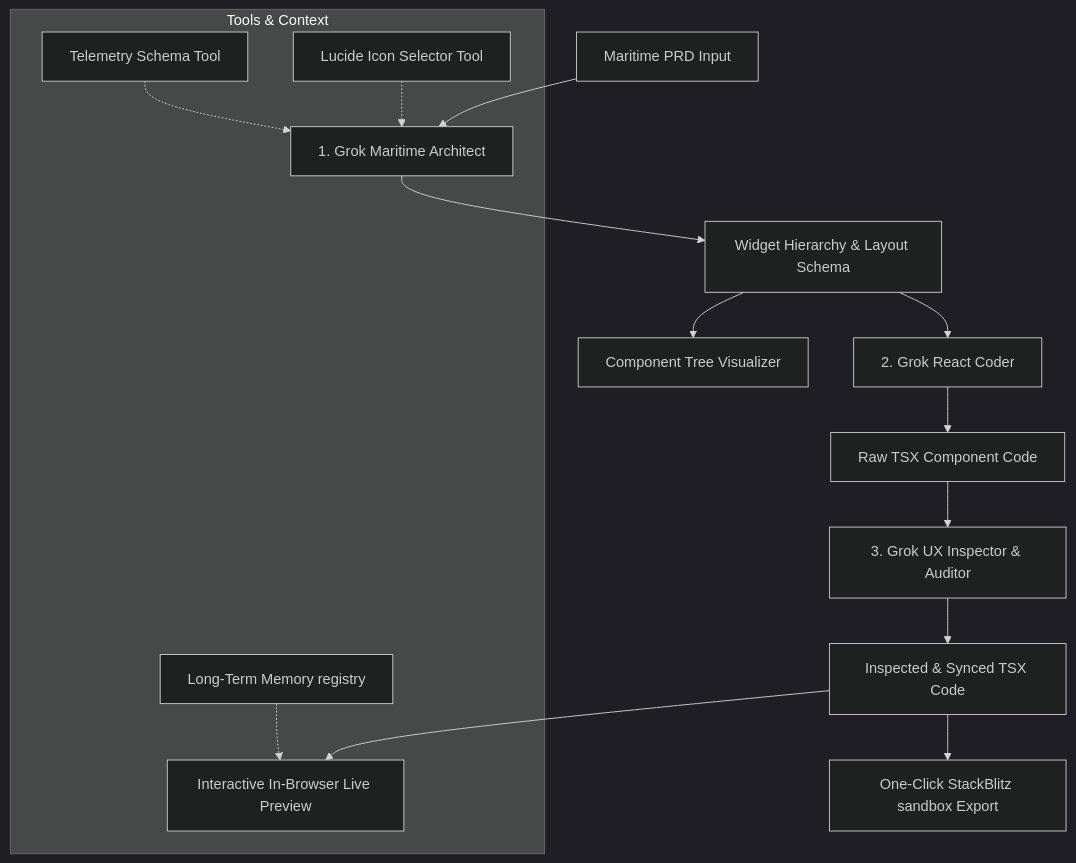
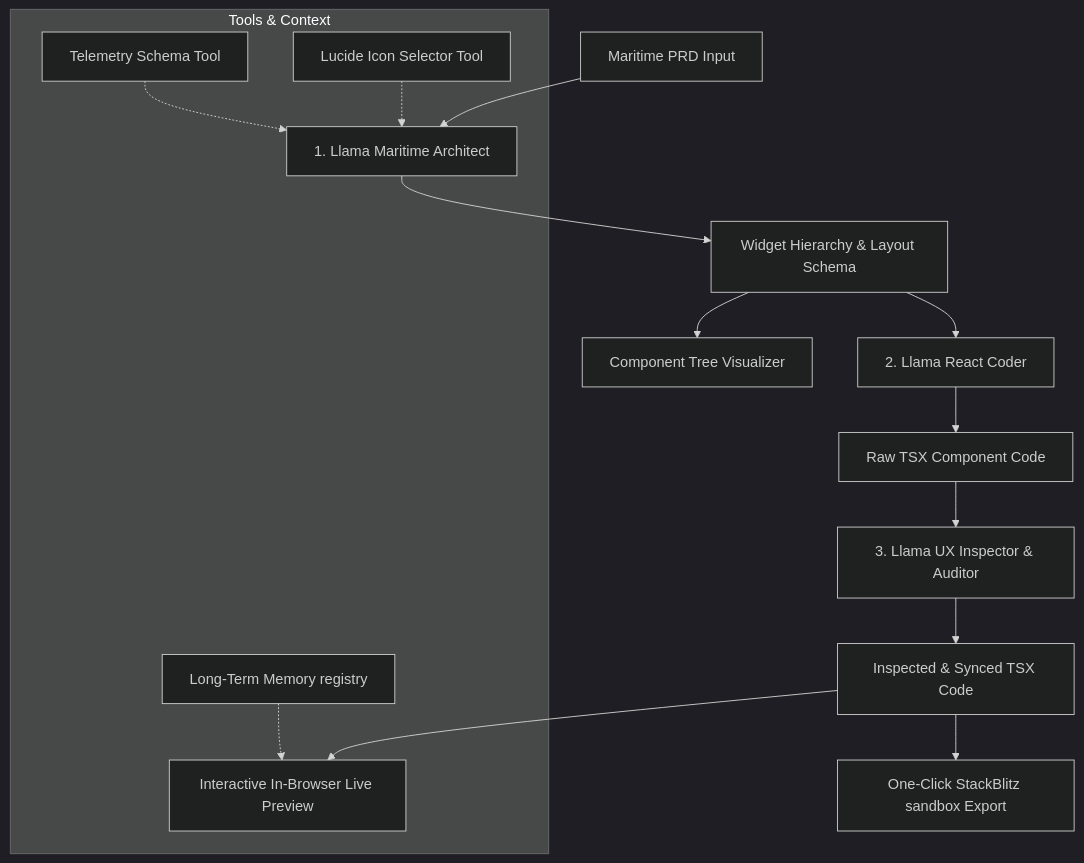
One commit to jobinjoe/thinkpalm-agent_ai-bridge_view_ai changed the diagram in README.md. Above: the diagram before and after it, drawn with Mermaid (dark theme). The commit also changed other lines of this file and 7 other files, not shown here.

````diff
--- a/README.md
+++ b/README.md
@@ -28,18 +28,18 @@
 ```mermaid
 graph TD
-    PRD[Maritime PRD Input] --> Arch[1. Grok Maritime Architect]
+    PRD[Maritime PRD Input] --> Arch[1. Llama Maritime Architect]
     Arch --> Schema[Widget Hierarchy & Layout Schema]
     Schema --> CTree[Component Tree Visualizer]
-    Schema --> Coder[2. Grok React Coder]
+    Schema --> Coder[2. Llama React Coder]
     Coder --> CodeRaw[Raw TSX Component Code]
-    CodeRaw --> Insp[3. Grok UX Inspector & Auditor]
+    CodeRaw --> Insp[3. Llama UX Inspector & Auditor]
     Insp --> CodeFinal[Inspected & Synced TSX Code]
     CodeFinal --> LivePrev[Interactive In-Browser Live Preview]
     CodeFinal --> StackBlitz[One-Click StackBlitz sandbox Export]
     
     subgraph Tools & Context
         SchemaTool[Telemetry Schema Tool] -.-> Arch
         IconTool[Lucide Icon Selector Tool] -.-> Arch
         Memory[Long-Term Memory registry] -.-> LivePrev
     end
 ```
````
